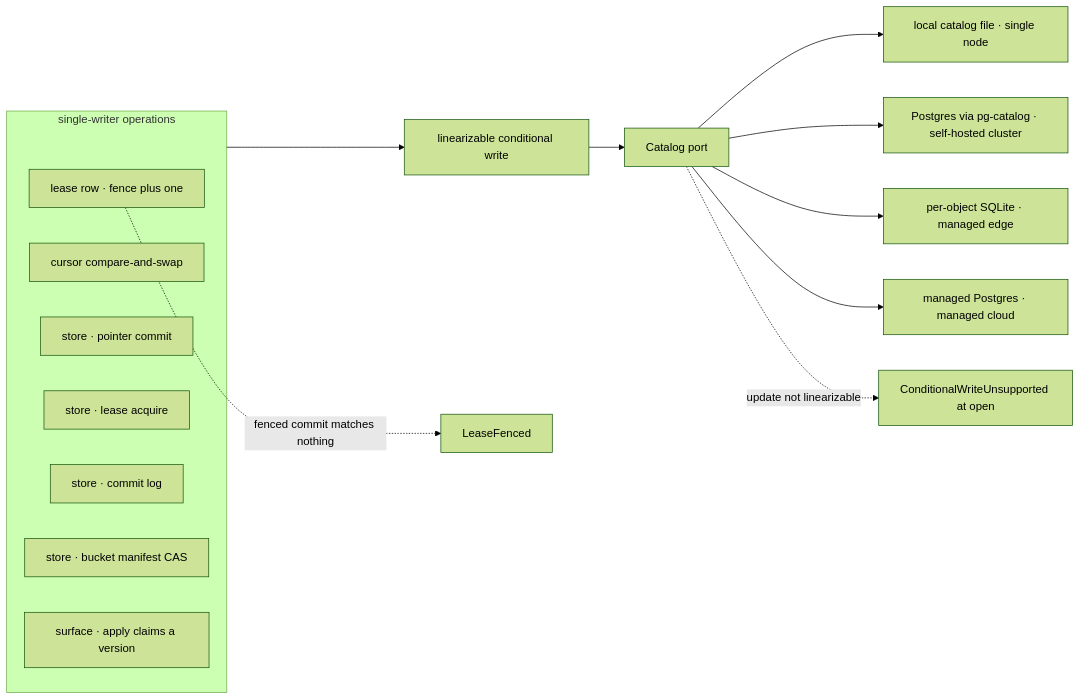
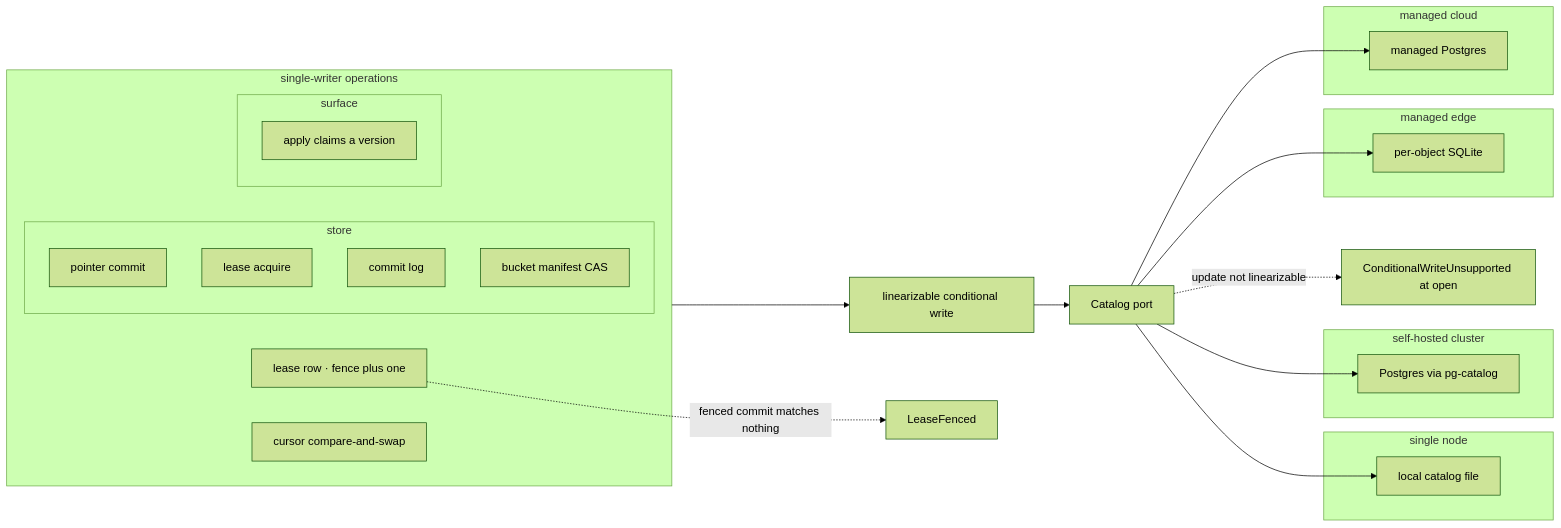
The fifth of 5 diagrams in spec/01-topology.md (fractalboxdev/contextful), drawn with Mermaid (forest theme) before and after one commit. The commit also changed other lines of this file and 33 other files, not shown here.

Commit message:
spec: diagrams draw contracts, parties and trust zones as containers; a node standing for one is refused

````diff
--- a/spec/01-topology.md
+++ b/spec/01-topology.md
@@ -299,25 +324,37 @@
 ```mermaid
 flowchart LR
   subgraph OPS["single-writer operations"]
     LROW["lease row · fence plus one"]
     CUR["cursor compare-and-swap"]
-    PTR["store · pointer commit"]
-    LA["store · lease acquire"]
-    CL["store · commit log"]
-    MAN["store · bucket manifest CAS"]
-    APPLY["surface · apply claims a version"]
+    subgraph STOREOPS["store"]
+      PTR["pointer commit"]
+      LA["lease acquire"]
+      CL["commit log"]
+      MAN["bucket manifest CAS"]
+    end
+    subgraph SURFOPS["surface"]
+      APPLY["apply claims a version"]
+    end
   end
   PRIM["linearizable conditional write"]
   PORT["Catalog port"]
-  LOCAL["local catalog file · single node"]
-  PG["Postgres via pg-catalog · self-hosted cluster"]
-  SQLITE["per-object SQLite · managed edge"]
-  MPG["managed Postgres · managed cloud"]
+  subgraph NODE1["single node"]
+    LOCAL["local catalog file"]
+  end
+  subgraph CLUSTER["self-hosted cluster"]
+    PG["Postgres via pg-catalog"]
+  end
+  subgraph MEDGE["managed edge"]
+    SQLITE["per-object SQLite"]
+  end
+  subgraph MCLOUD["managed cloud"]
+    MPG["managed Postgres"]
+  end
   WEAK["ConditionalWriteUnsupported at open"]
   STALE["LeaseFenced"]
 
   OPS --> PRIM --> PORT
   PORT --> LOCAL & PG & SQLITE & MPG
   PORT -. "update not linearizable" .-> WEAK
   LROW -. "fenced commit matches nothing" .-> STALE
 ```
````
